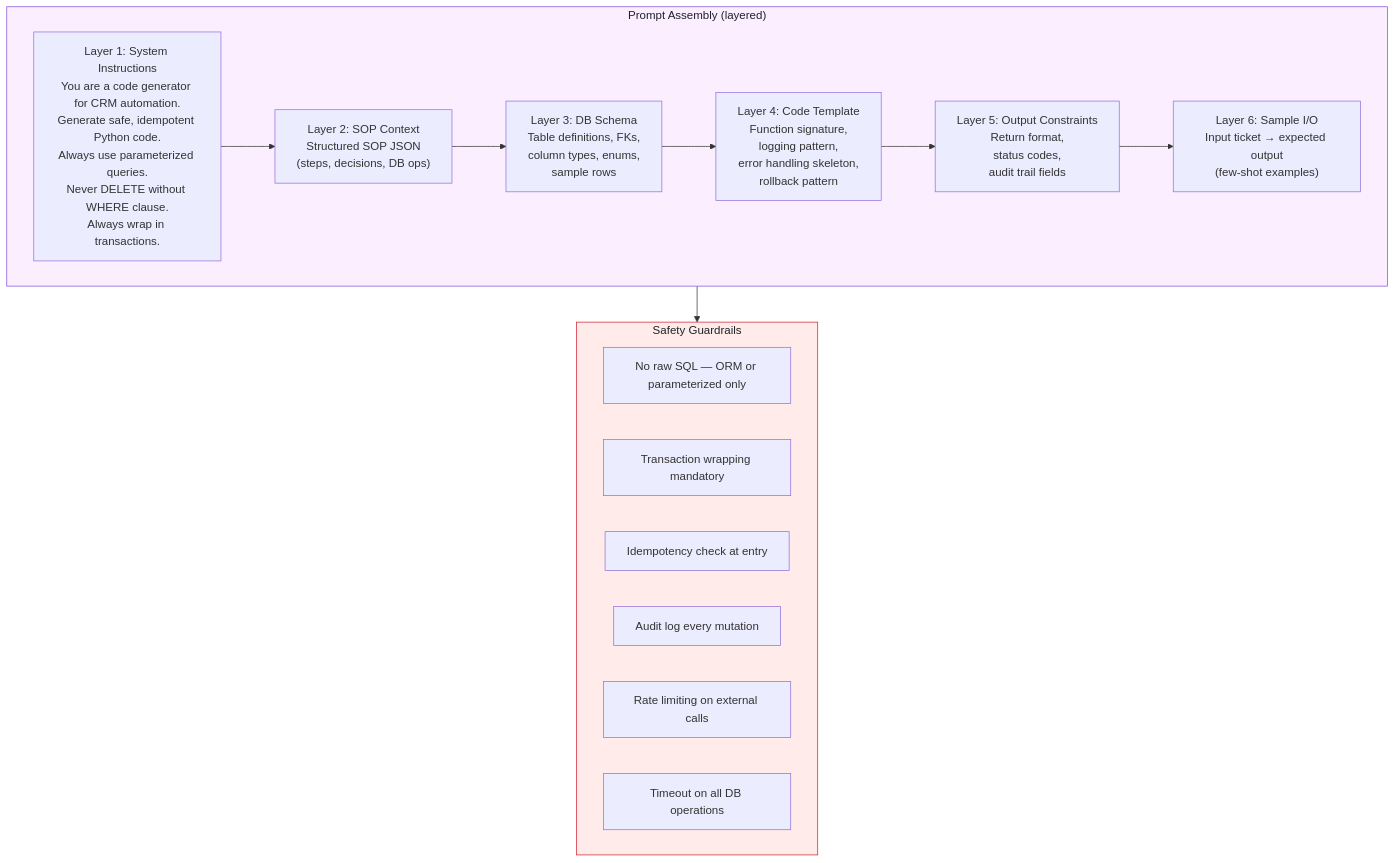
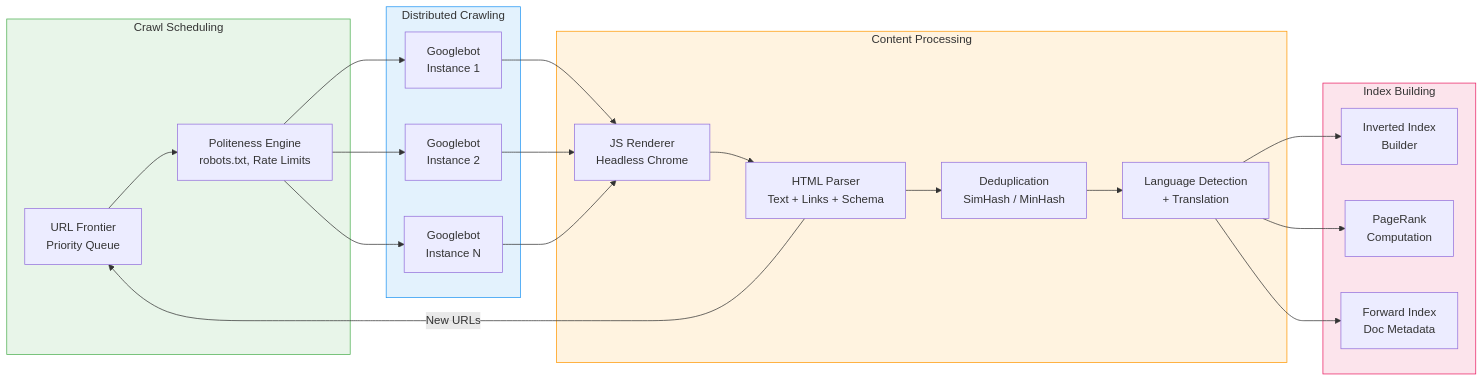
The tenth of 14 diagrams in README.md (KiZamaDo/KiZamaDo.github.io), drawn with Mermaid before and after one commit. The commit also changed other lines of this file, not shown here.

Commit message:
changed code

```diff
--- a/README.md
+++ b/README.md
@@ -390,26 +1171,38 @@
-  <div class="mermaid">
-graph TB
-    subgraph PromptLayers["Prompt Assembly (layered)"]
-        L1["Layer 1: System Instructions<br/>You are a code generator for CRM automation.<br/>Generate safe, idempotent Python code.<br/>Always use parameterized queries.<br/>Never DELETE without WHERE clause.<br/>Always wrap in transactions."]
-        L2["Layer 2: SOP Context<br/>Structured SOP JSON<br/>(steps, decisions, DB ops)"]
-        L3["Layer 3: DB Schema<br/>Table definitions, FKs,<br/>column types, enums,<br/>sample rows"]
-        L4["Layer 4: Code Template<br/>Function signature,<br/>logging pattern,<br/>error handling skeleton,<br/>rollback pattern"]
-        L5["Layer 5: Output Constraints<br/>Return format,<br/>status codes,<br/>audit trail fields"]
-        L6["Layer 6: Sample I/O<br/>Input ticket → expected output<br/>(few-shot examples)"]
+        <pre class="mermaid">
+graph LR
+    subgraph Scheduling["Crawl Scheduling"]
+        URLFrontier["URL Frontier<br/>Priority Queue"]
+        Politeness["Politeness Engine<br/>robots.txt, Rate Limits"]
     end
 
-    subgraph Guardrails["Safety Guardrails"]
-        G1["No raw SQL — ORM or parameterized only"]
-        G2["Transaction wrapping mandatory"]
-        G3["Idempotency check at entry"]
-        G4["Audit log every mutation"]
-        G5["Rate limiting on external calls"]
-        G6["Timeout on all DB operations"]
+    subgraph Crawling["Distributed Crawling"]
+        Bot1["Googlebot<br/>Instance 1"]
+        Bot2["Googlebot<br/>Instance 2"]
+        BotN["Googlebot<br/>Instance N"]
     end
 
-    L1 --> L2 --> L3 --> L4 --> L5 --> L6
-    PromptLayers --> Guardrails
+    subgraph Processing["Content Processing"]
+        Render["JS Renderer<br/>Headless Chrome"]
+        Parse["HTML Parser<br/>Text + Links + Schema"]
+        Dedup["Deduplication<br/>SimHash / MinHash"]
+        Lang["Language Detection<br/>+ Translation"]
+    end
 
-    style PromptLayers fill:#fbefff,stroke:#8250df,color:#1f2328
-    style Guardrails fill:#ffebe9,stroke:#cf222e,color:#1f2328
-  </div>
+    subgraph Indexing["Index Building"]
+        InvIdx["Inverted Index<br/>Builder"]
+        PageRank["PageRank<br/>Computation"]
+        FwdIdx["Forward Index<br/>Doc Metadata"]
+    end
+
+    URLFrontier --> Politeness
+    Politeness --> Bot1 & Bot2 & BotN
+    Bot1 & Bot2 & BotN --> Render --> Parse
+    Parse --> Dedup --> Lang
+    Lang --> InvIdx & PageRank & FwdIdx
+    Parse -->|"New URLs"| URLFrontier
+
+    style Scheduling fill:#e8f5e9,stroke:#4caf50,color:#333
+    style Crawling fill:#e3f2fd,stroke:#2196f3,color:#333
+    style Processing fill:#fff3e0,stroke:#ff9800,color:#333
+    style Indexing fill:#fce4ec,stroke:#e91e63,color:#333
+        </pre>
```
